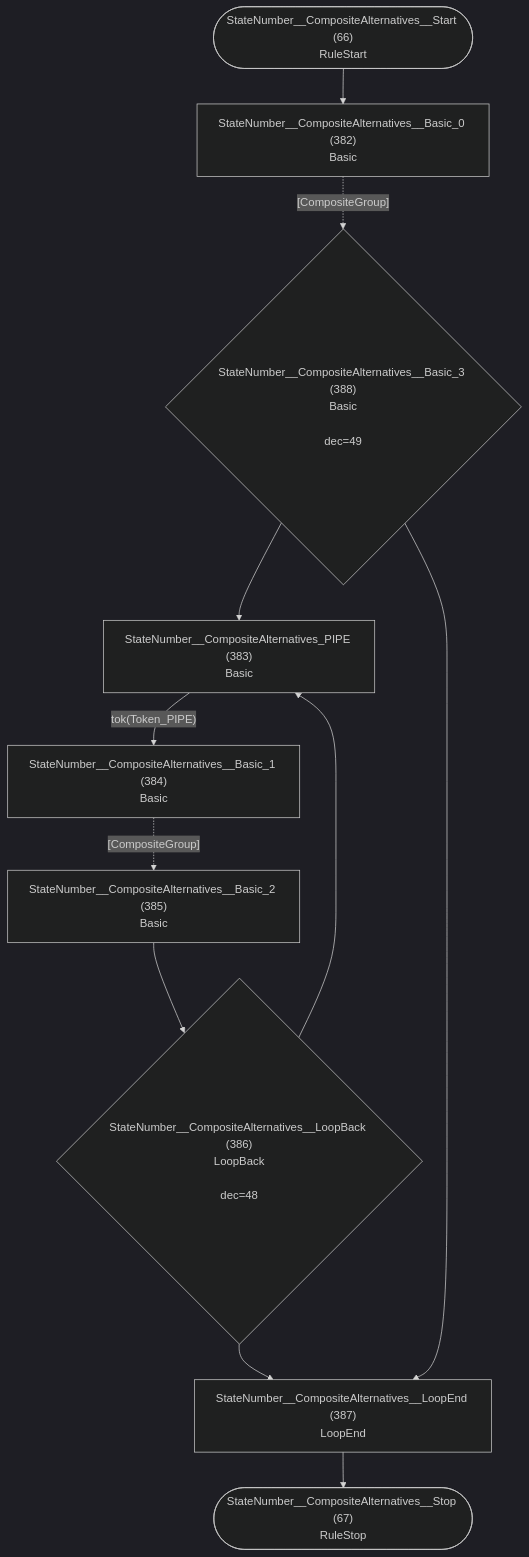
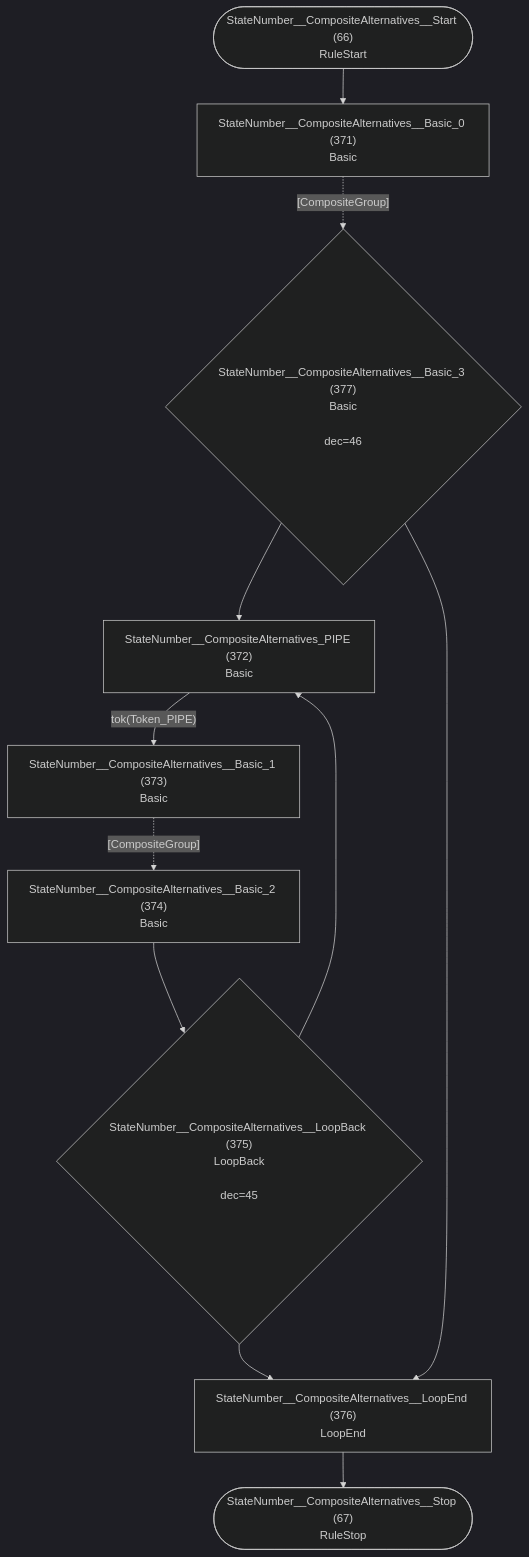
Diagram 34 of 36 in internal/grammar/atn.md (TypeFox/fastbelt), drawn with Mermaid (dark theme) before and after one commit. The commit also changed other lines of this file and 9 other files, not shown here.

````diff
--- a/internal/grammar/atn.md
+++ b/internal/grammar/atn.md
@@ -1021,23 +996,23 @@
 ```mermaid
 flowchart TD
     q66(["StateNumber__CompositeAlternatives__Start (66)<br/>RuleStart"])
     q67(["StateNumber__CompositeAlternatives__Stop (67)<br/>RuleStop"])
-    q382["StateNumber__CompositeAlternatives__Basic_0 (382)<br/>Basic<br/>"]
-    q383["StateNumber__CompositeAlternatives_PIPE (383)<br/>Basic<br/>"]
-    q384["StateNumber__CompositeAlternatives__Basic_1 (384)<br/>Basic<br/>"]
-    q385["StateNumber__CompositeAlternatives__Basic_2 (385)<br/>Basic<br/>"]
-    q386{"StateNumber__CompositeAlternatives__LoopBack (386)<br/>LoopBack<br/><br/>dec=48"}
-    q387["StateNumber__CompositeAlternatives__LoopEnd (387)<br/>LoopEnd<br/>"]
-    q388{"StateNumber__CompositeAlternatives__Basic_3 (388)<br/>Basic<br/><br/>dec=49"}
+    q371["StateNumber__CompositeAlternatives__Basic_0 (371)<br/>Basic<br/>"]
+    q372["StateNumber__CompositeAlternatives_PIPE (372)<br/>Basic<br/>"]
+    q373["StateNumber__CompositeAlternatives__Basic_1 (373)<br/>Basic<br/>"]
+    q374["StateNumber__CompositeAlternatives__Basic_2 (374)<br/>Basic<br/>"]
+    q375{"StateNumber__CompositeAlternatives__LoopBack (375)<br/>LoopBack<br/><br/>dec=45"}
+    q376["StateNumber__CompositeAlternatives__LoopEnd (376)<br/>LoopEnd<br/>"]
+    q377{"StateNumber__CompositeAlternatives__Basic_3 (377)<br/>Basic<br/><br/>dec=46"}
 
-    q66 --> q382
-    q382 -.->|"[CompositeGroup]"| q388
-    q383 -->|"tok(Token_PIPE)"| q384
-    q384 -.->|"[CompositeGroup]"| q385
-    q385 --> q386
-    q386 --> q383
-    q386 --> q387
-    q387 --> q67
-    q388 --> q383
-    q388 --> q387
+    q66 --> q371
+    q371 -.->|"[CompositeGroup]"| q377
+    q372 -->|"tok(Token_PIPE)"| q373
+    q373 -.->|"[CompositeGroup]"| q374
+    q374 --> q375
+    q375 --> q372
+    q375 --> q376
+    q376 --> q67
+    q377 --> q372
+    q377 --> q376
 ```
````
